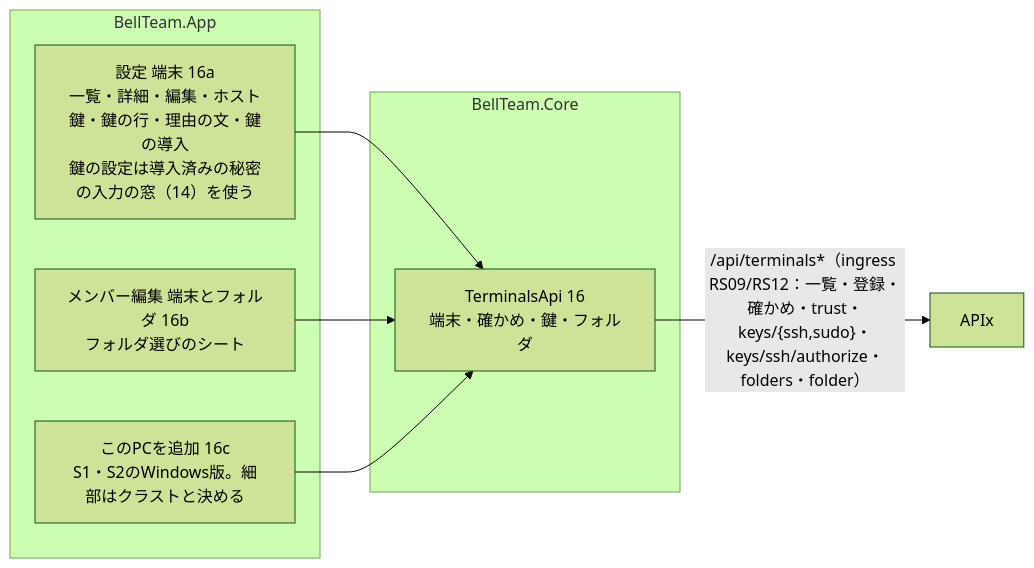
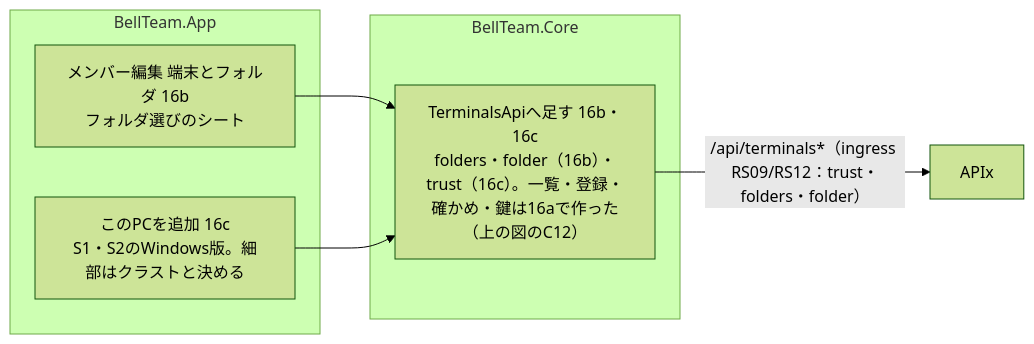
One commit to kitepon/BellTeam changed the fifth of 6 diagrams in docs/windows-architecture.md. Above: the diagram before and after it, drawn with Mermaid (forest theme). The commit also changed other lines of this file and 37 other files, not shown here.

````diff
--- a/docs/windows-architecture.md
+++ b/docs/windows-architecture.md
@@ -143,15 +154,13 @@
 ```mermaid
 flowchart LR
   subgraph AppNew[BellTeam.App]
-    N4[設定 端末 16a<br/>一覧・詳細・編集・ホスト鍵・鍵の行・理由の文・鍵の導入<br/>鍵の設定は導入済みの秘密の入力の窓（14）を使う]
     N5[メンバー編集 端末とフォルダ 16b<br/>フォルダ選びのシート]
     N6[このPCを追加 16c<br/>S1・S2のWindows版。細部はクラストと決める]
   end
   subgraph CoreNew[BellTeam.Core]
-    W3[TerminalsApi 16<br/>端末・確かめ・鍵・フォルダ]
+    W3[TerminalsApiへ足す 16b・16c<br/>folders・folder（16b）・trust（16c）。一覧・登録・確かめ・鍵は16aで作った（上の図のC12）]
   end
-  N4 --> W3
   N5 --> W3
   N6 --> W3
-  W3 -->|"/api/terminals*（ingress RS09/RS12：一覧・登録・確かめ・trust・keys/{ssh,sudo}・keys/ssh/authorize・folders・folder）"| APIx
+  W3 -->|"/api/terminals*（ingress RS09/RS12：trust・folders・folder）"| APIx
 ```
````
